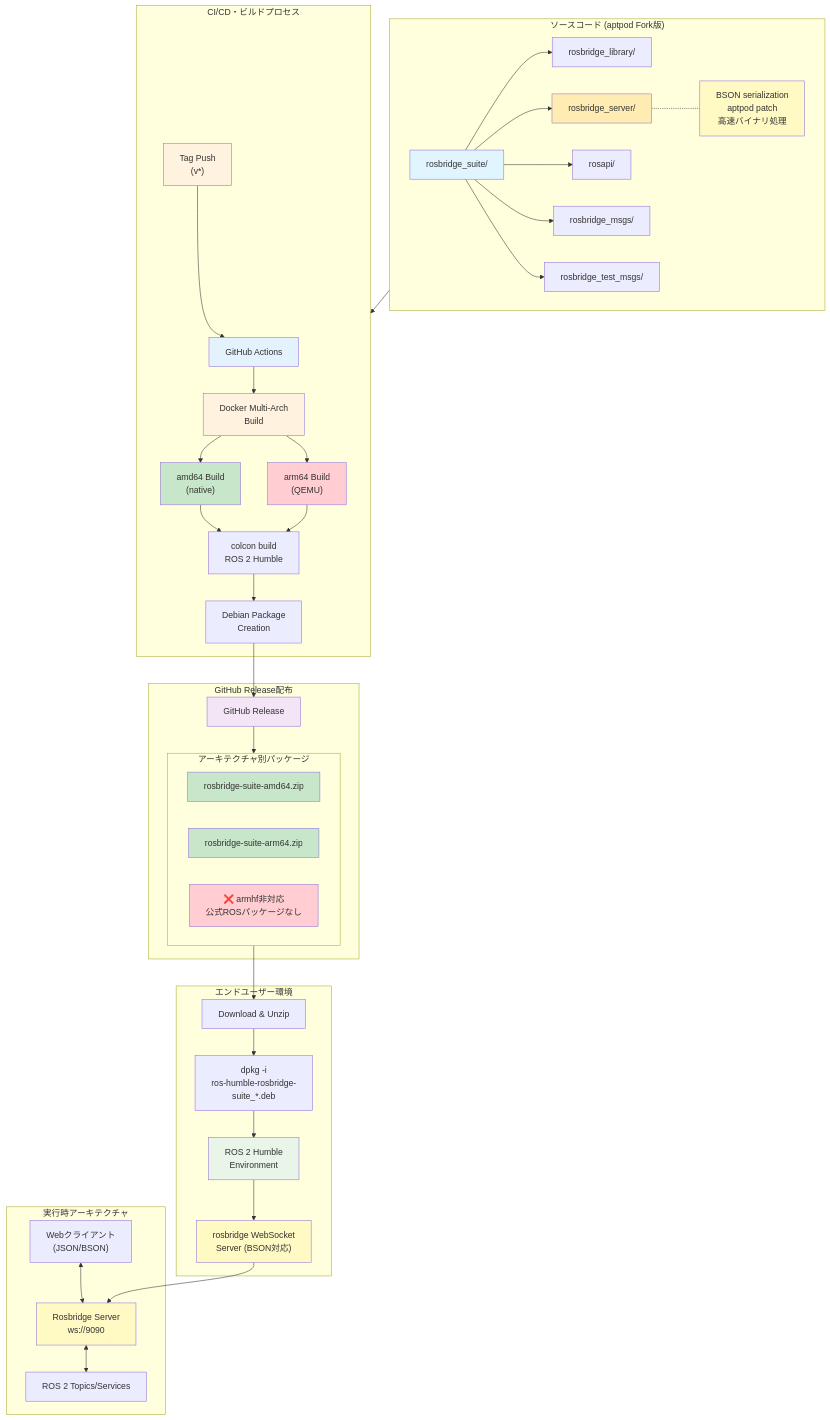
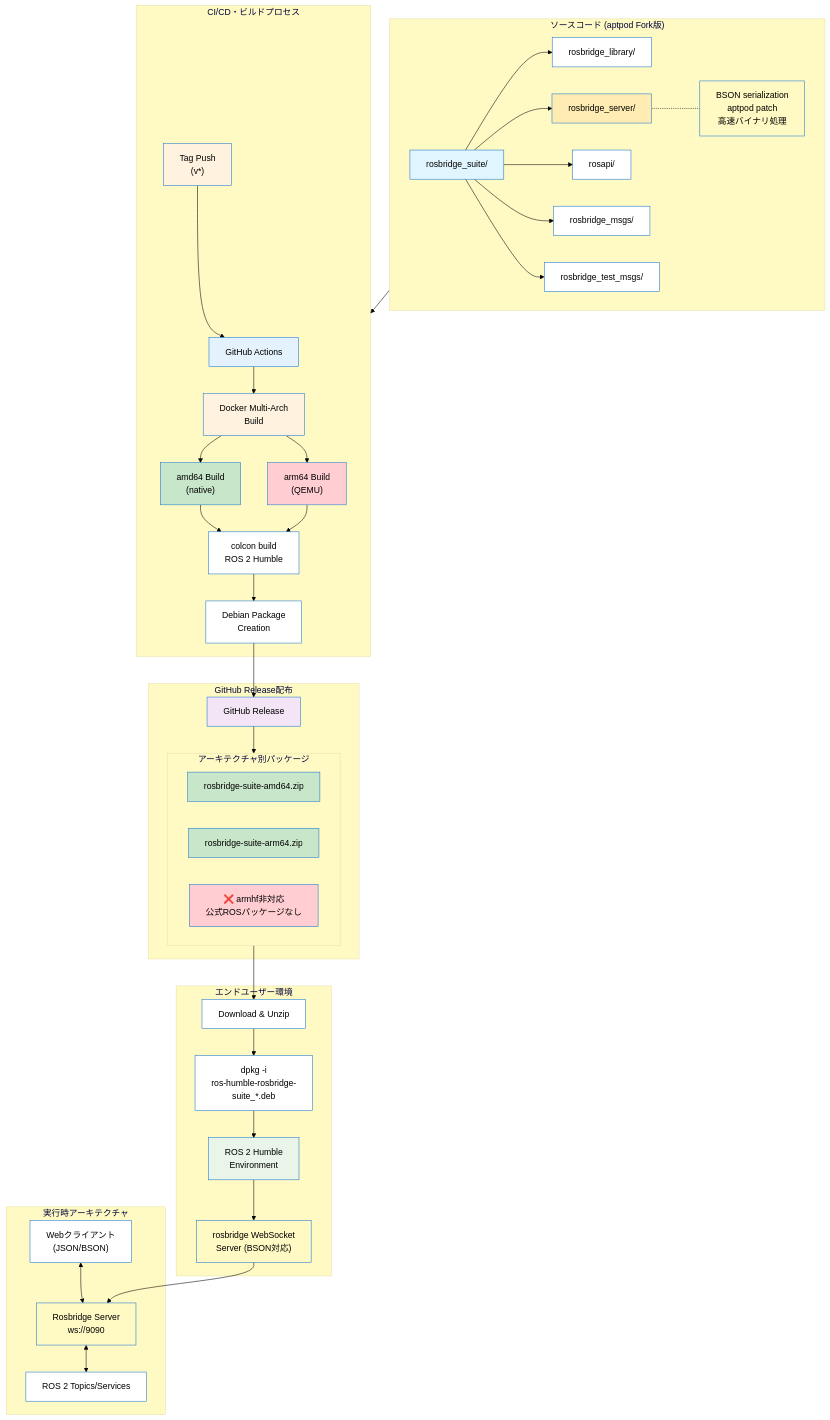
The diagram in FORK_TECHNICAL.md (aptpod/rosbridge_suite), drawn with Mermaid before and after one commit.

Commit message:
fix: Add dark mode resistant styling to Mermaid diagram
- Add explicit theme configuration to fix GitHub dark mode style override
- Set base theme with fixed colors (white background, black text)
- Ensure consistent rendering across light and dark modes
- Improve diagram visibility and readability

````diff
--- a/FORK_TECHNICAL.md
+++ b/FORK_TECHNICAL.md
@@ -321,4 +321,5 @@
 ```mermaid
+%%{init: {'theme': 'base', 'themeVariables': { 'primaryColor': '#e1f5fe', 'primaryTextColor': '#000000', 'primaryBorderColor': '#1976d2', 'lineColor': '#000000', 'secondaryColor': '#ffecb3', 'tertiaryColor': '#fff9c4', 'background': '#ffffff', 'mainBkg': '#ffffff', 'secondaryBkg': '#f5f5f5', 'tertiaryBkg': '#fafafa'}}}%%
 graph TD
     %% ソースコード (aptpod Fork版)
     subgraph src ["ソースコード (aptpod Fork版)"]
````
